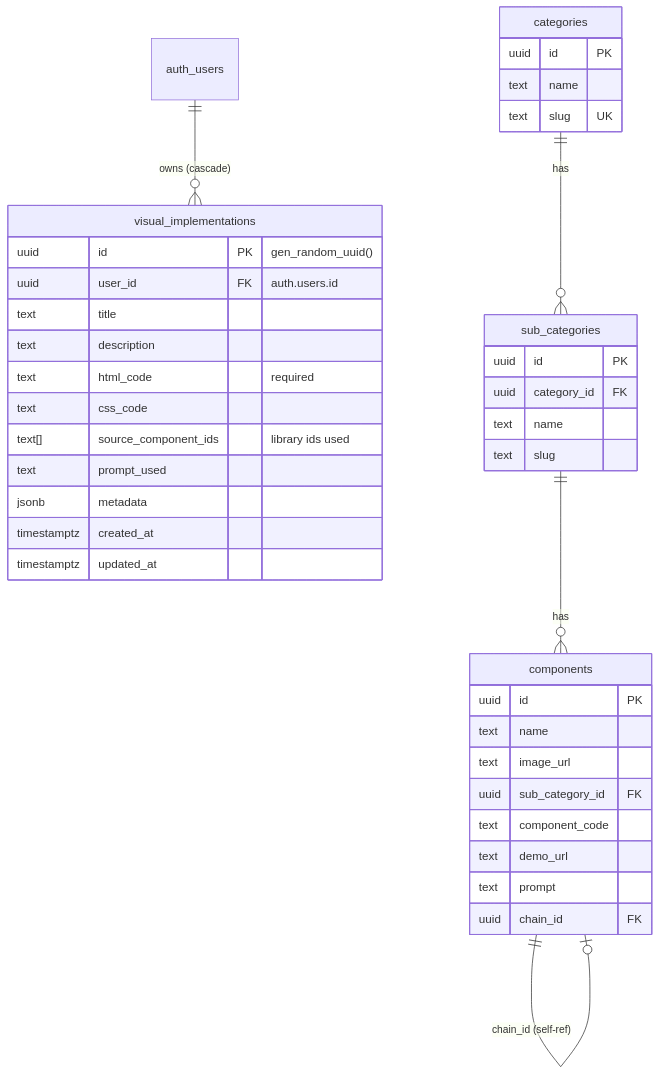
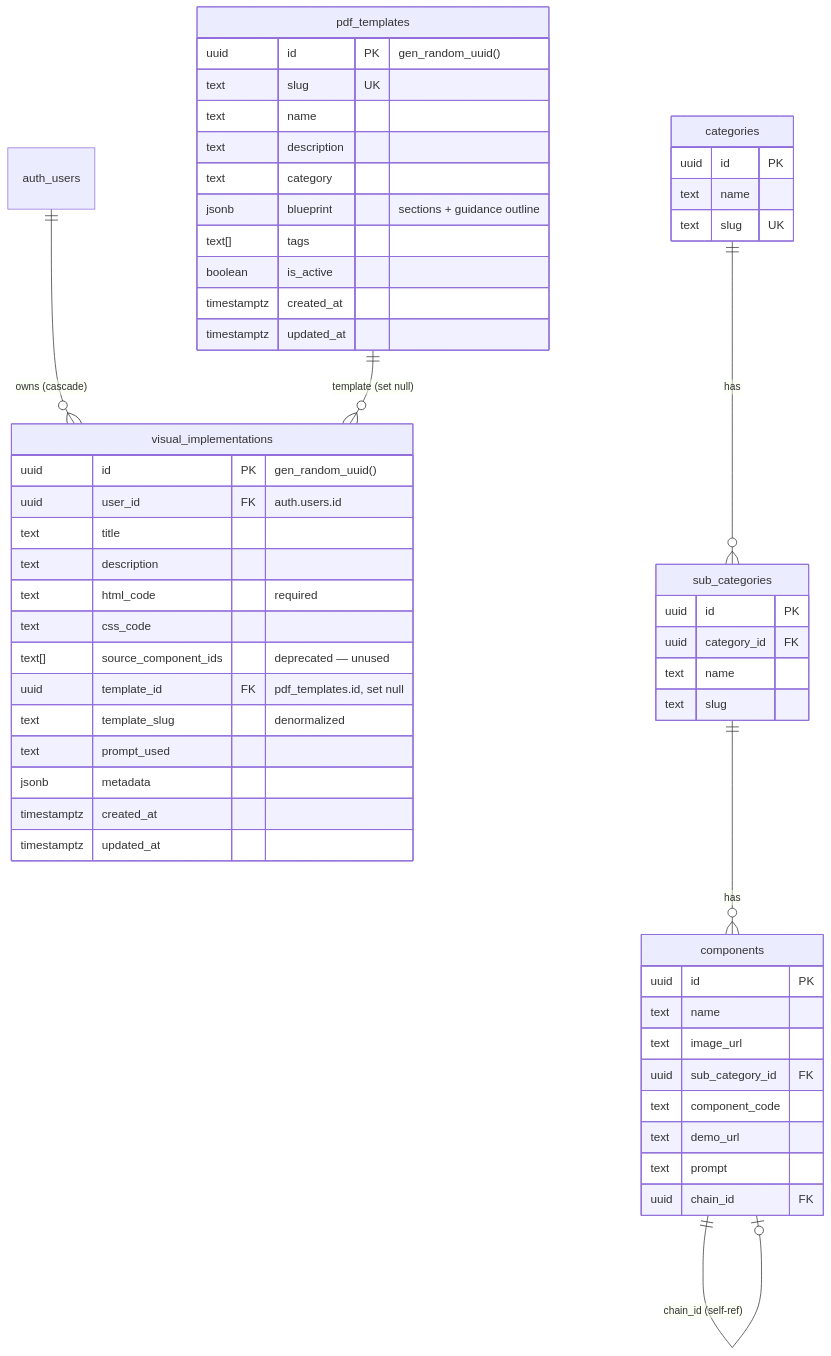
The sixth of 7 diagrams in README.md (iillcode/klone), drawn with Mermaid before and after one commit. The commit also changed other lines of this file and 55 other files, not shown here.

````diff
--- a/README.md
+++ b/README.md
@@ -283,42 +296,58 @@
 ```mermaid
 erDiagram
     auth_users ||--o{ visual_implementations : "owns (cascade)"
+    pdf_templates ||--o{ visual_implementations : "template (set null)"
     visual_implementations {
         uuid id PK "gen_random_uuid()"
         uuid user_id FK "auth.users.id"
         text title
         text description
         text html_code "required"
         text css_code
-        text[] source_component_ids "library ids used"
+        text[] source_component_ids "deprecated — unused"
+        uuid template_id FK "pdf_templates.id, set null"
+        text template_slug "denormalized"
         text prompt_used
         jsonb metadata
+        timestamptz created_at
+        timestamptz updated_at
+    }
+
+    pdf_templates {
+        uuid id PK "gen_random_uuid()"
+        text slug UK
+        text name
+        text description
+        text category
+        jsonb blueprint "sections + guidance outline"
+        text[] tags
+        boolean is_active
         timestamptz created_at
         timestamptz updated_at
     }
 
     categories ||--o{ sub_categories : "has"
     sub_categories ||--o{ components : "has"
     components ||--o| components : "chain_id (self-ref)"
     categories {
         uuid id PK
         text name
         text slug UK
     }
     sub_categories {
         uuid id PK
         uuid category_id FK
         text name
         text slug
     }
     components {
         uuid id PK
         text name
         text image_url
         uuid sub_category_id FK
         text component_code
         text demo_url
         text prompt
         uuid chain_id FK
     }
 ```
````
